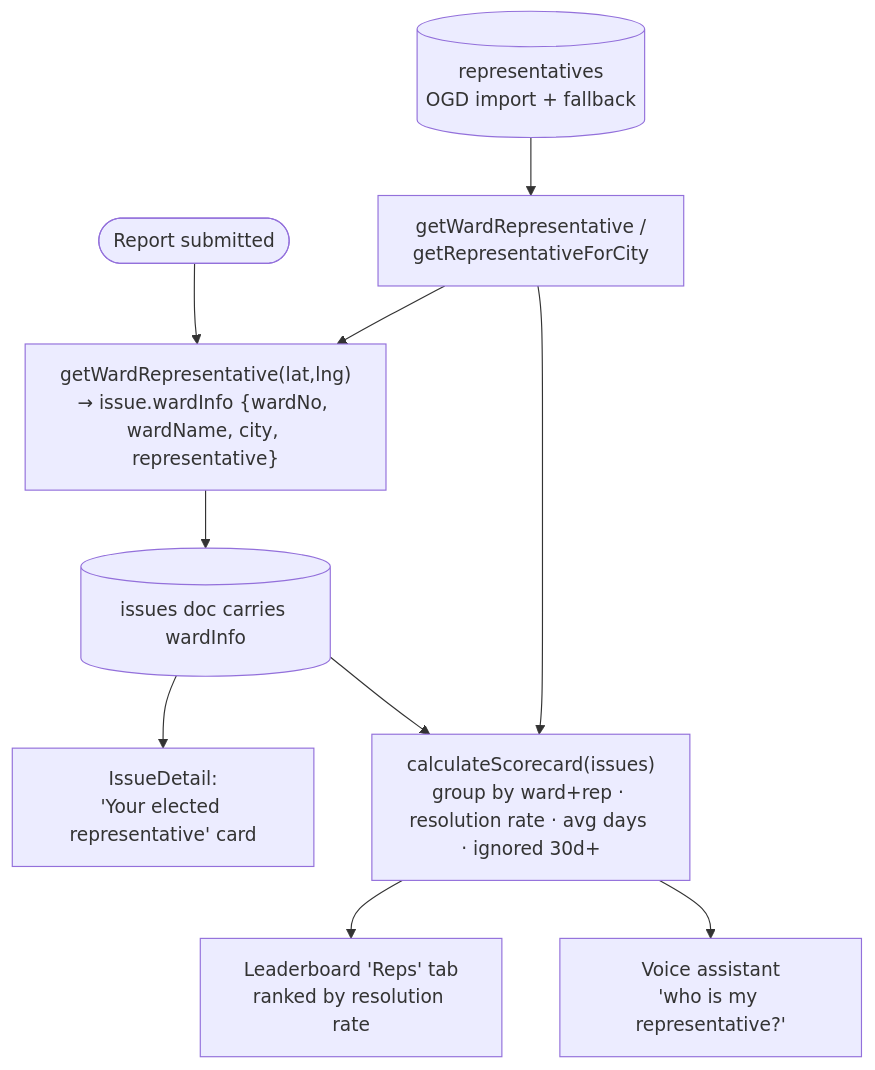
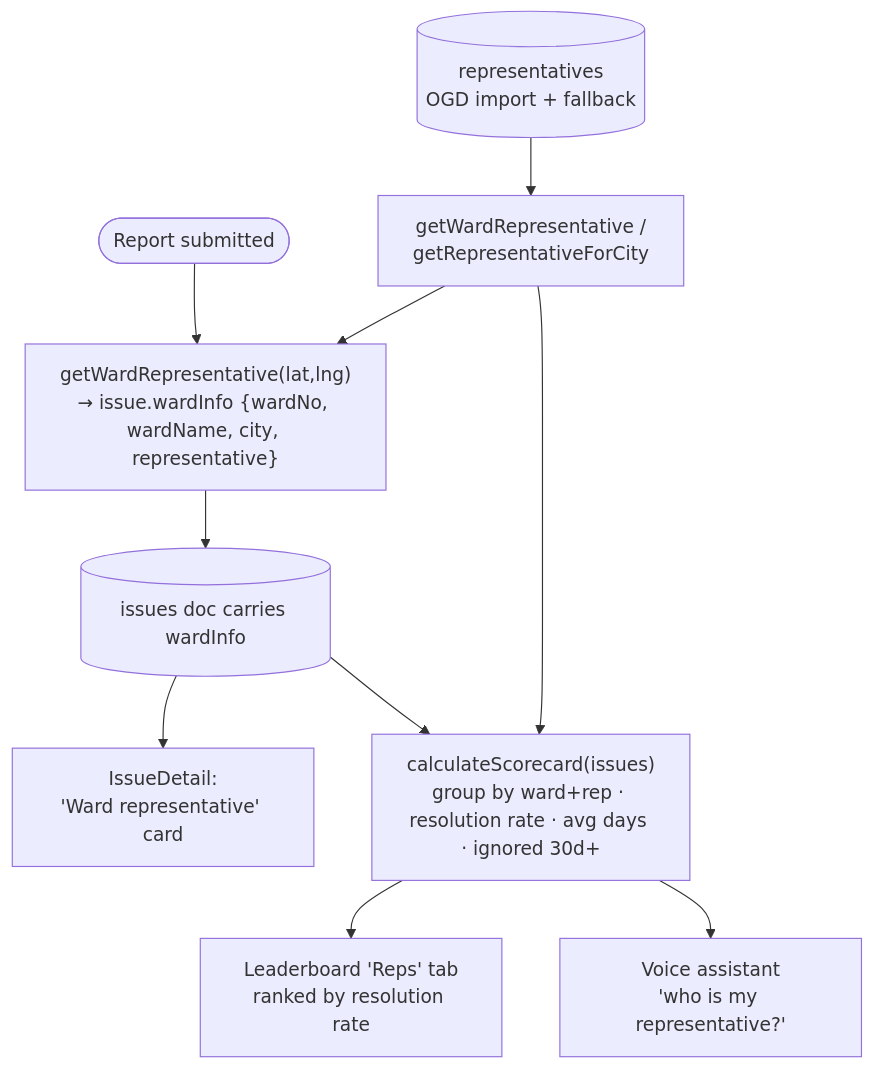
Diagram 12 of 15 in docs/ARCHITECTURE.md (siddhesh8k/janashakti), drawn with Mermaid before and after one commit. The commit also changed other lines of this file and 11 other files, not shown here.

````diff
--- a/docs/ARCHITECTURE.md
+++ b/docs/ARCHITECTURE.md
@@ -641,12 +643,12 @@
 ```mermaid
 flowchart TB
     Report([Report submitted]) --> Tag["getWardRepresentative(lat,lng)<br/>→ issue.wardInfo {wardNo, wardName, city, representative}"]
     Reps[("representatives<br/>OGD import + fallback")] --> Helpers["getWardRepresentative /<br/>getRepresentativeForCity"]
     Helpers --> Tag
     Tag --> Doc[(issues doc carries wardInfo)]
-    Doc --> Card["IssueDetail:<br/>'Your elected representative' card"]
+    Doc --> Card["IssueDetail:<br/>'Ward representative' card"]
     Doc --> Score["calculateScorecard(issues)<br/>group by ward+rep · resolution rate · avg days · ignored 30d+"]
     Helpers --> Score
     Score --> Board["Leaderboard 'Reps' tab<br/>ranked by resolution rate"]
     Score --> Voice["Voice assistant<br/>'who is my representative?'"]
 ```
````
